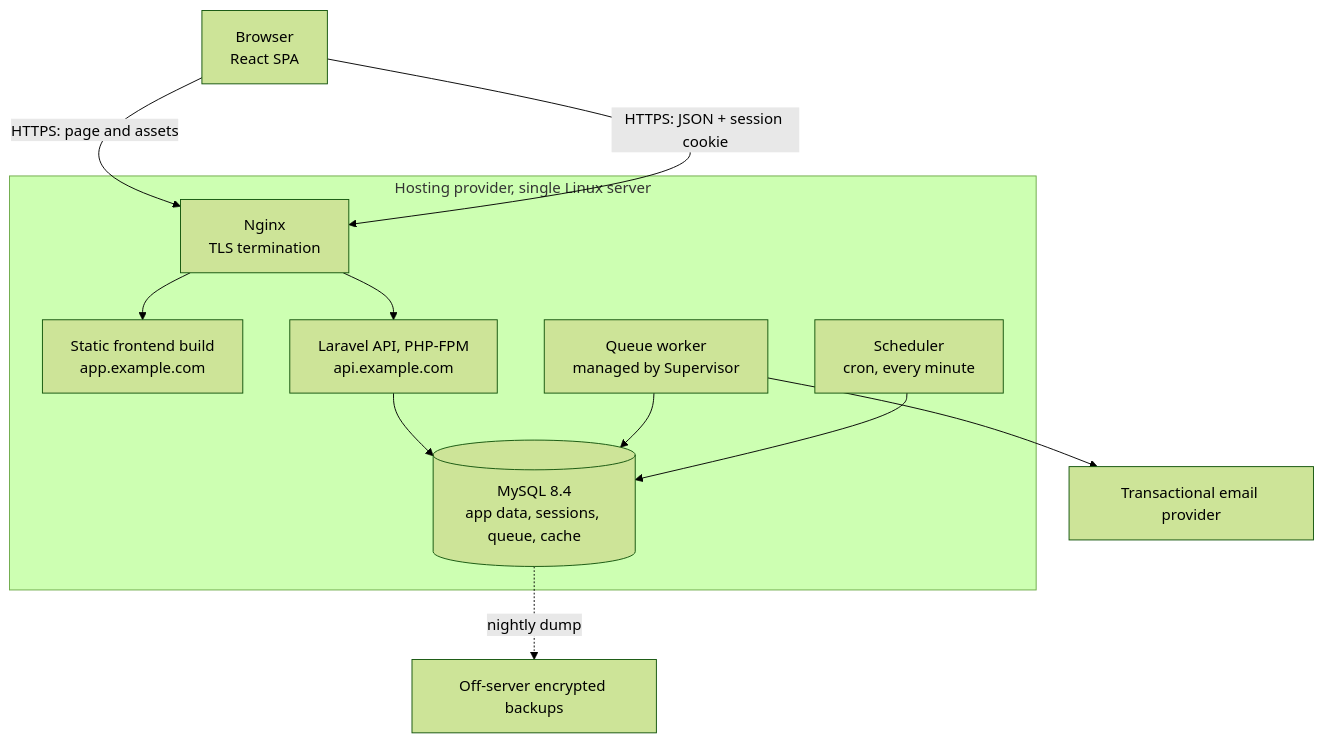
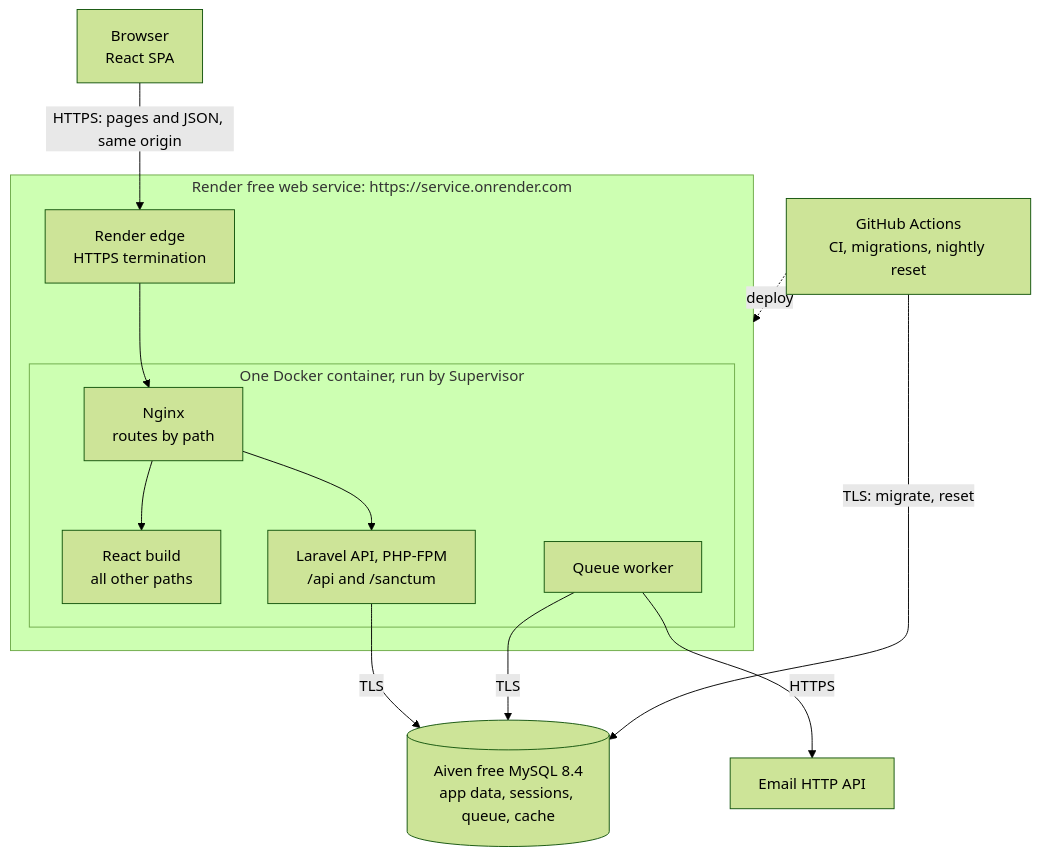
One commit to Martins-Code/workflow changed the first of 2 diagrams in docs/02-system-architecture.md. Above: the diagram before and after it, drawn with Mermaid (forest theme). The commit also changed other lines of this file and 6 other files, not shown here.

````diff
--- a/docs/02-system-architecture.md
+++ b/docs/02-system-architecture.md
@@ -13,26 +13,28 @@
 ```mermaid
 flowchart TB
     Browser["Browser<br/>React SPA"]
 
-    subgraph Host["Hosting provider, single Linux server"]
-        Web["Nginx<br/>TLS termination"]
-        Static["Static frontend build<br/>app.example.com"]
-        API["Laravel API, PHP-FPM<br/>api.example.com"]
-        Worker["Queue worker<br/>managed by Supervisor"]
-        Cron["Scheduler<br/>cron, every minute"]
-        DB[("MySQL 8.4<br/>app data, sessions, queue, cache")]
+    subgraph Render["Render free web service: https://service.onrender.com"]
+        Edge["Render edge<br/>HTTPS termination"]
+        subgraph Container["One Docker container, run by Supervisor"]
+            Web["Nginx<br/>routes by path"]
+            Static["React build<br/>all other paths"]
+            API["Laravel API, PHP-FPM<br/>/api and /sanctum"]
+            Worker["Queue worker"]
+        end
     end
 
-    Mail["Transactional email provider"]
-    Backup["Off-server encrypted backups"]
+    DB[("Aiven free MySQL 8.4<br/>app data, sessions, queue, cache")]
+    Mail["Email HTTP API"]
+    Actions["GitHub Actions<br/>CI, migrations, nightly reset"]
 
-    Browser -->|"HTTPS: page and assets"| Web
-    Browser -->|"HTTPS: JSON + session cookie"| Web
+    Browser -->|"HTTPS: pages and JSON, same origin"| Edge
+    Edge --> Web
     Web --> Static
     Web --> API
-    API --> DB
-    Worker --> DB
-    Cron --> DB
-    Worker --> Mail
-    DB -.->|"nightly dump"| Backup
+    API -->|"TLS"| DB
+    Worker -->|"TLS"| DB
+    Worker -->|"HTTPS"| Mail
+    Actions -->|"TLS: migrate, reset"| DB
+    Actions -.->|"deploy"| Render
 ```
````
